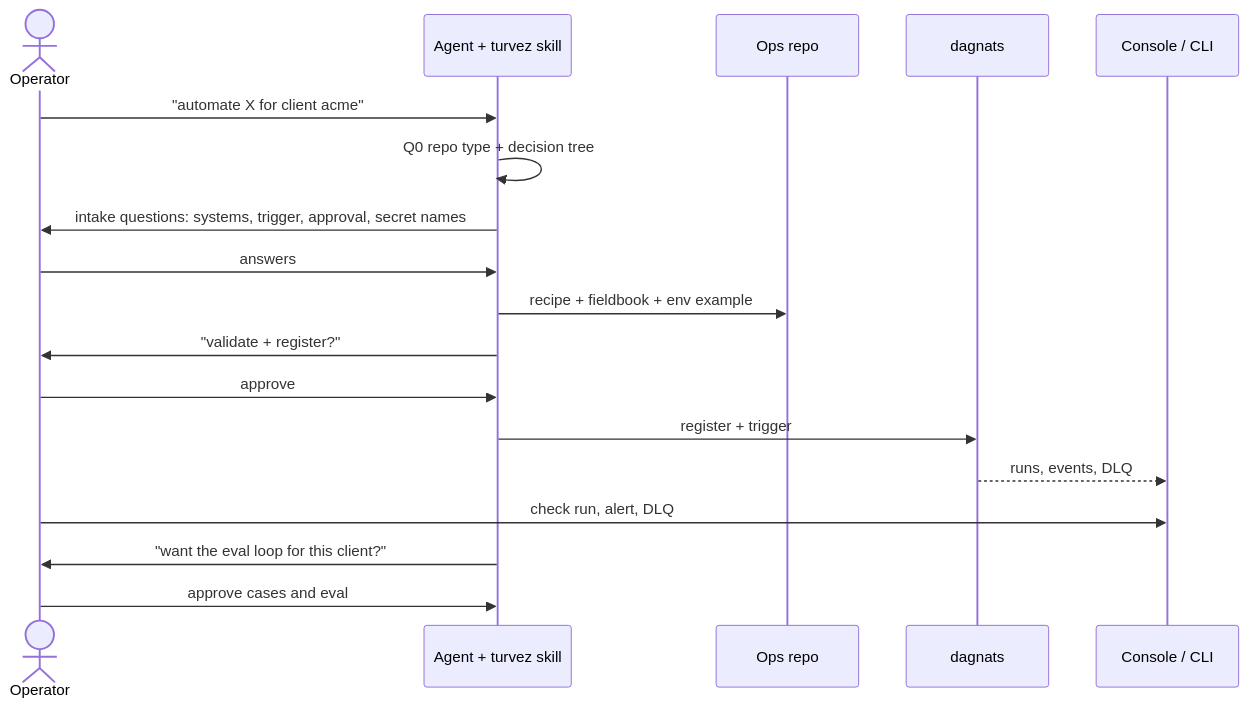
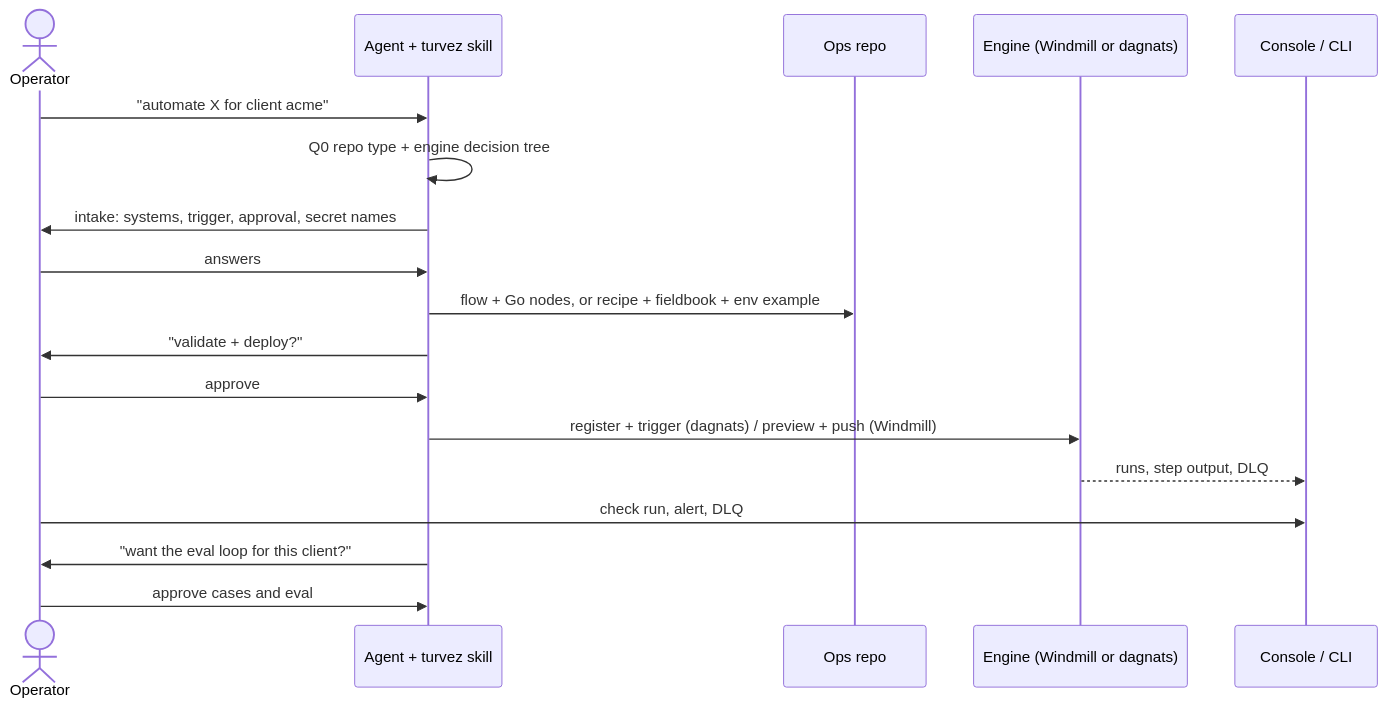
Before and after one commit to calionauta/turvez: the sixth of 8 diagrams in docs/workflows.md, drawn with Mermaid. The commit also changed other lines of this file and 46 other files, not shown here.

First line of the commit message:
Go nodes for both engines, Nango as the credential layer, and the engine gaps closed (#8)

````diff
--- a/docs/workflows.md
+++ b/docs/workflows.md
@@ -78,21 +110,21 @@
 ```mermaid
 sequenceDiagram
     actor O as Operator
     participant A as Agent + turvez skill
     participant R as Ops repo
-    participant D as dagnats
+    participant E as Engine (Windmill or dagnats)
     participant U as Console / CLI
 
     O->>A: "automate X for client acme"
-    A->>A: Q0 repo type + decision tree
-    A->>O: intake questions: systems, trigger, approval, secret names
+    A->>A: Q0 repo type + engine decision tree
+    A->>O: intake: systems, trigger, approval, secret names
     O->>A: answers
-    A->>R: recipe + fieldbook + env example
-    A->>O: "validate + register?"
+    A->>R: flow + Go nodes, or recipe + fieldbook + env example
+    A->>O: "validate + deploy?"
     O->>A: approve
-    A->>D: register + trigger
-    D-->>U: runs, events, DLQ
+    A->>E: register + trigger (dagnats) / preview + push (Windmill)
+    E-->>U: runs, step output, DLQ
     O->>U: check run, alert, DLQ
     A->>O: "want the eval loop for this client?"
     O->>A: approve cases and eval
 ```
````
